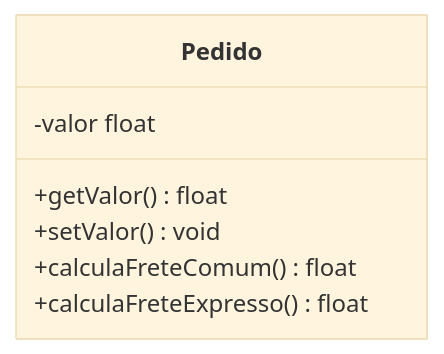
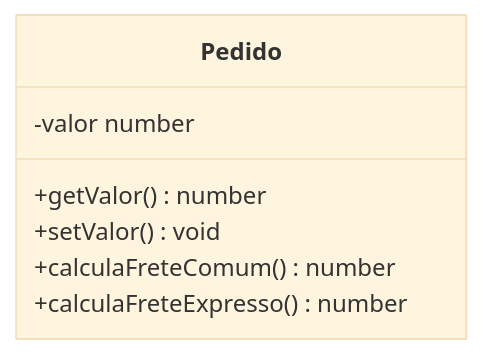
One commit to francojeferson/rabiscando-padroes-de-projeto changed the first of 5 diagrams in Comportamentais/Strategy/README.md. Above: the diagram before and after it, drawn with Mermaid (base theme). The commit also changed other lines of this file and 34 other files, not shown here.

````diff
--- a/Comportamentais/Strategy/README.md
+++ b/Comportamentais/Strategy/README.md
@@ -17,10 +17,10 @@
 ```mermaid
 classDiagram
   class Pedido {
-    -valor float
-    +getValor() float
+    -valor number
+    +getValor() number
     +setValor() void
-    +calculaFreteComum() float
-    +calculaFreteExpresso() float
+    +calculaFreteComum() number
+    +calculaFreteExpresso() number
   }
 ```
````
